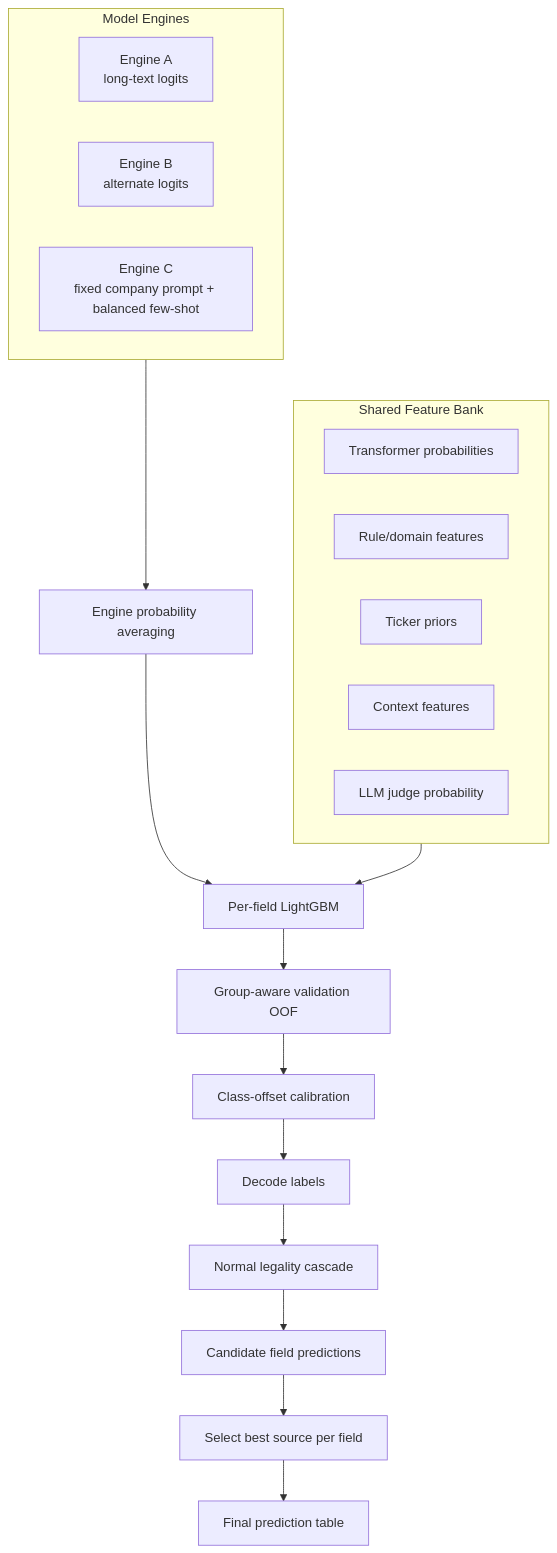
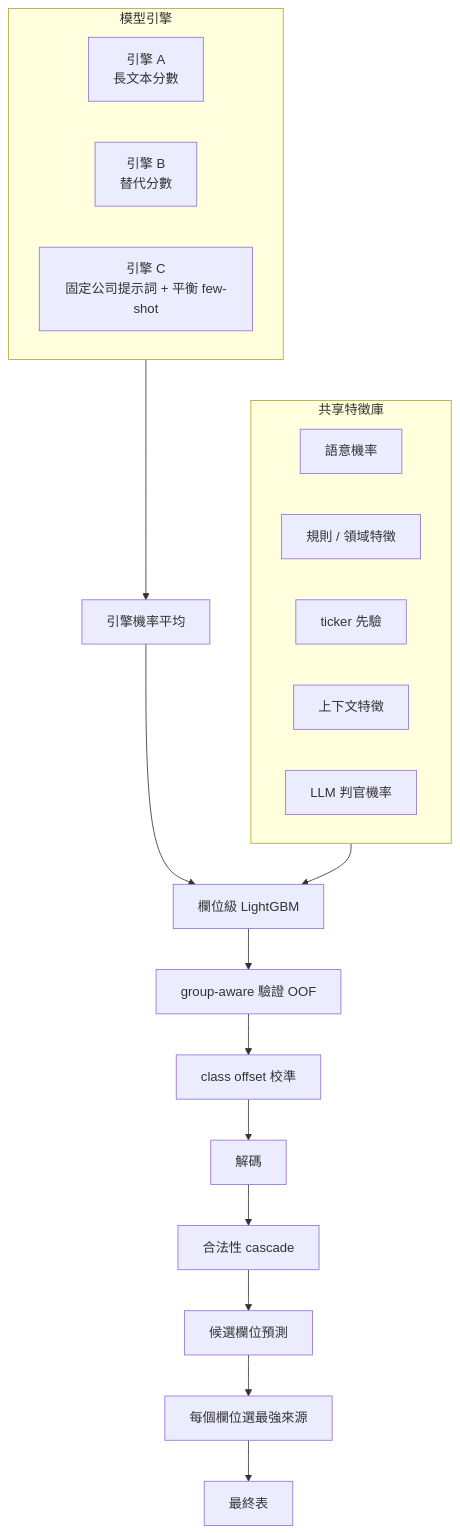
Before and after one commit to Hank0503oUo/veripromise-esg-competition-architecture: the third of 8 diagrams in README.md, drawn with Mermaid. The commit also changed other lines of this file, not shown here.

````diff
--- a/README.md
+++ b/README.md
@@ -264,27 +243,27 @@
 ```mermaid
 flowchart TB
-    subgraph engines["Model Engines"]
-        a["Engine A\nlong-text logits"]
-        b["Engine B\nalternate logits"]
-        c["Engine C\nfixed company prompt + balanced few-shot"]
+    subgraph engines["模型引擎"]
+        a["引擎 A\n長文本分數"]
+        b["引擎 B\n替代分數"]
+        c["引擎 C\n固定公司提示詞 + 平衡 few-shot"]
     end
 
-    subgraph features["Shared Feature Bank"]
-        sem["Transformer probabilities"]
-        rules["Rule/domain features"]
-        prior["Ticker priors"]
-        context["Context features"]
-        judge["LLM judge probability"]
+    subgraph features["共享特徵庫"]
+        sem["語意機率"]
+        rules["規則 / 領域特徵"]
+        prior["ticker 先驗"]
+        context["上下文特徵"]
+        judge["LLM 判官機率"]
     end
 
-    engines --> avg["Engine probability averaging"]
-    avg --> stack["Per-field LightGBM"]
+    engines --> avg["引擎機率平均"]
+    avg --> stack["欄位級 LightGBM"]
     features --> stack
-    stack --> oof["Group-aware validation OOF"]
-    oof --> calibrate["Class-offset calibration"]
-    calibrate --> decode["Decode labels"]
-    decode --> legal["Normal legality cascade"]
-    legal --> fieldPool["Candidate field predictions"]
-    fieldPool --> transplant["Select best source per field"]
-    transplant --> final["Final prediction table"]
+    stack --> oof["group-aware 驗證 OOF"]
+    oof --> calibrate["class offset 校準"]
+    calibrate --> decode["解碼"]
+    decode --> legal["合法性 cascade"]
+    legal --> fieldPool["候選欄位預測"]
+    fieldPool --> transplant["每個欄位選最強來源"]
+    transplant --> final["最終表"]
 ```
````
